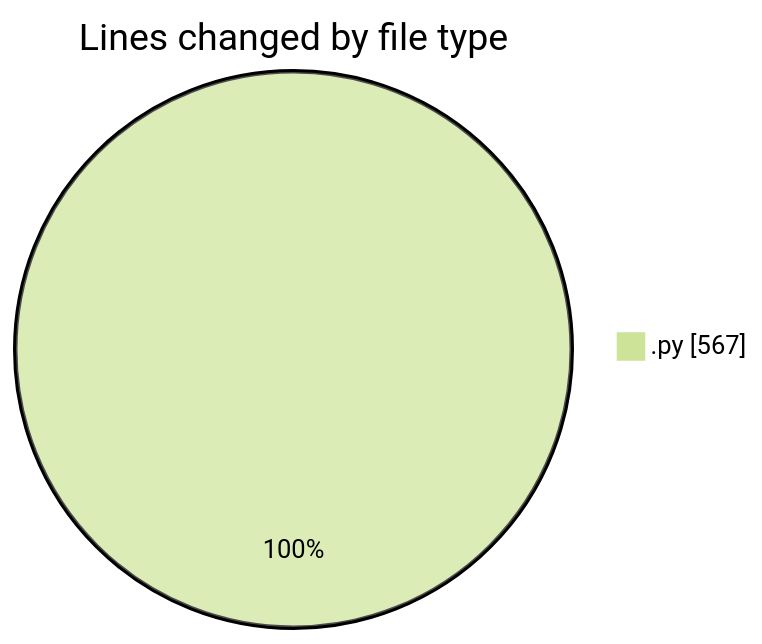
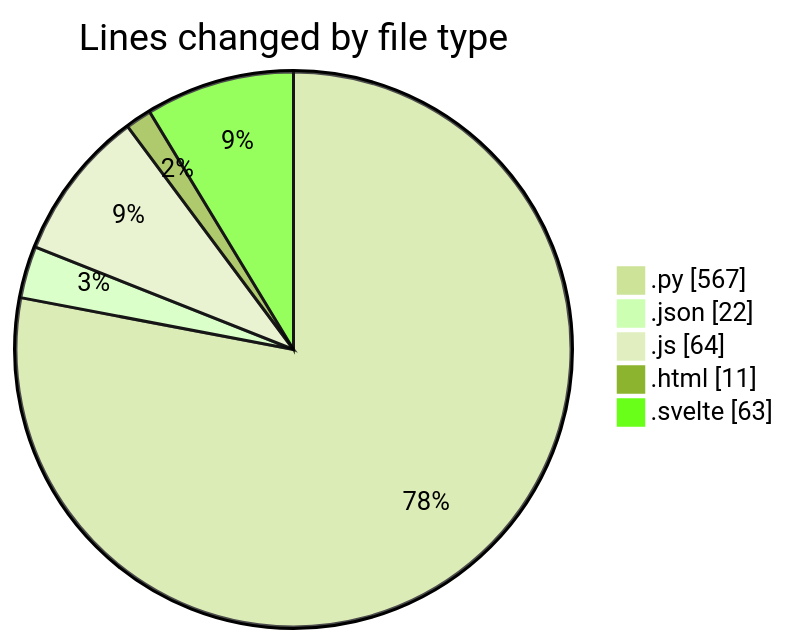
The first of 2 diagrams in 2025-07-10/toolsopenemalpass/README.md (lephambinh05/code-tracking), drawn with Mermaid (forest theme) before and after one commit. The commit also changed other lines of this file and 1 other file, not shown here.

````diff
--- a/2025-07-10/toolsopenemalpass/README.md
+++ b/2025-07-10/toolsopenemalpass/README.md
@@ -22,5 +37,9 @@
 ```mermaid
 pie showData
 title Lines changed by file type
 ".py" : 567
+".json" : 22
+".js" : 64
+".html" : 11
+".svelte" : 63
 ```
````
